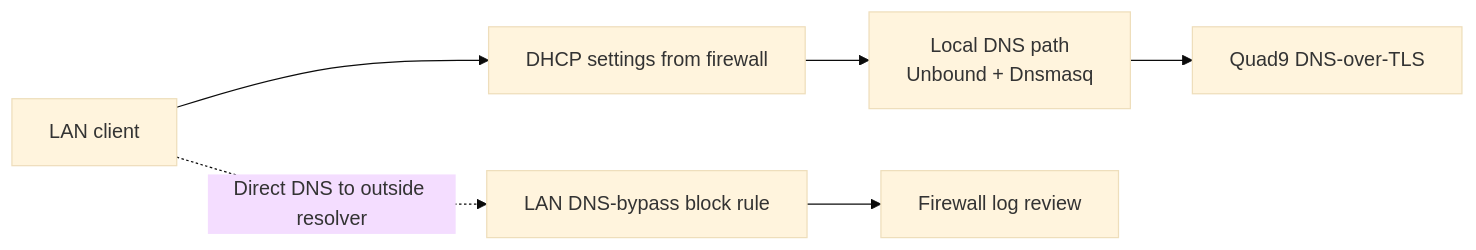
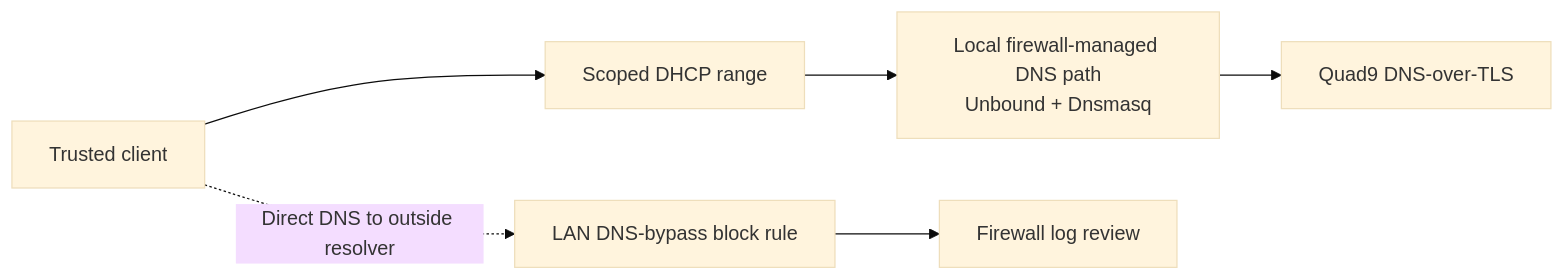
Before and after one commit to srkyn/home-network-security: the second of 2 diagrams in README.md, drawn with Mermaid (base theme). The commit also changed other lines of this file and 3 other files, not shown here.

````diff
--- a/README.md
+++ b/README.md
@@ -44,8 +44,8 @@
 ```mermaid
 flowchart LR
-    Client["LAN client"] --> DHCP["DHCP settings from firewall"]
-    DHCP --> LocalDNS["Local DNS path<br/>Unbound + Dnsmasq"]
+    Client["Trusted client"] --> DHCP["Scoped DHCP range"]
+    DHCP --> LocalDNS["Local firewall-managed DNS path<br/>Unbound + Dnsmasq"]
     LocalDNS --> DoT["Quad9 DNS-over-TLS"]
     Client -. "Direct DNS to outside resolver" .-> Block["LAN DNS-bypass block rule"]
     Block --> Review["Firewall log review"]
 ```
````
